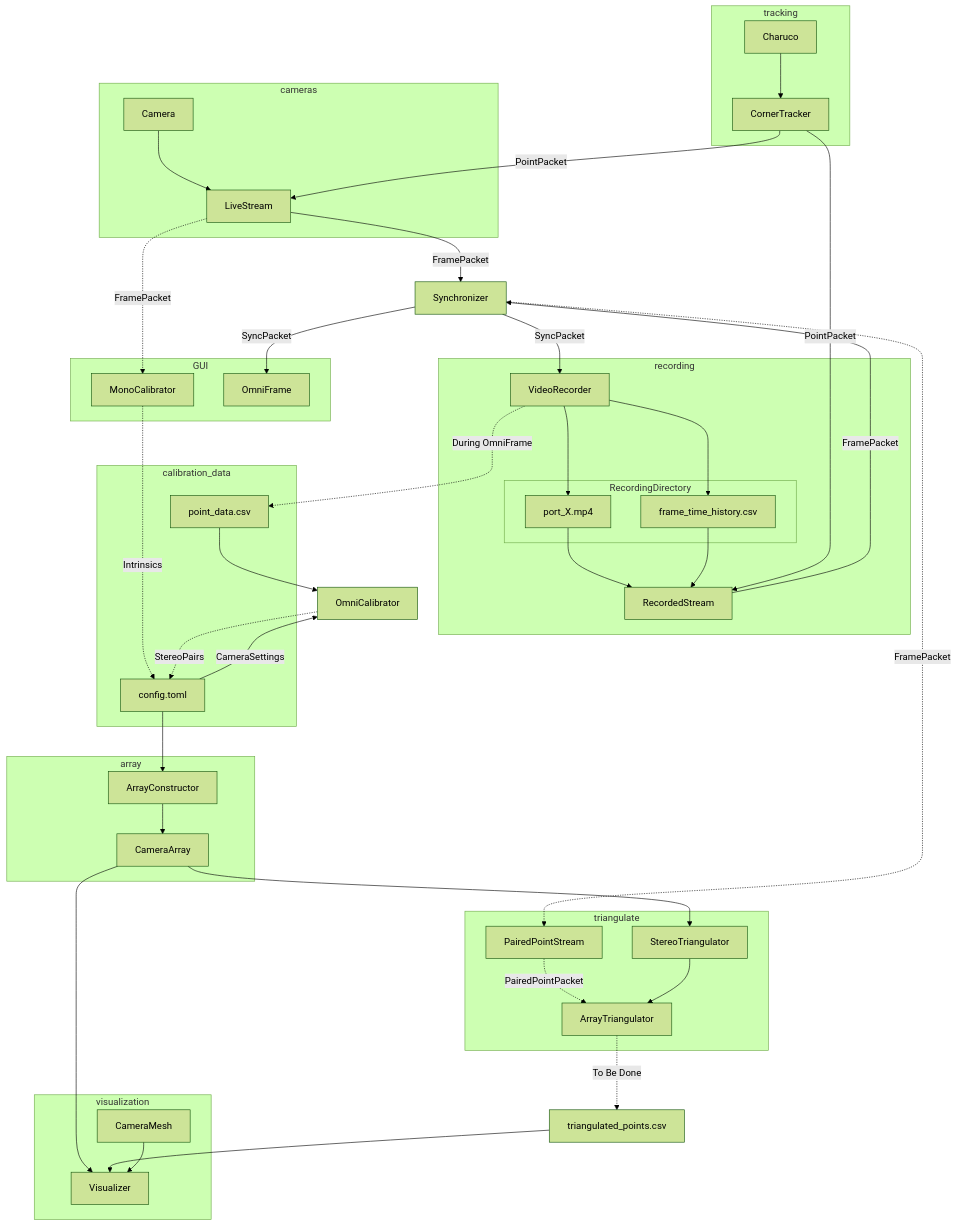
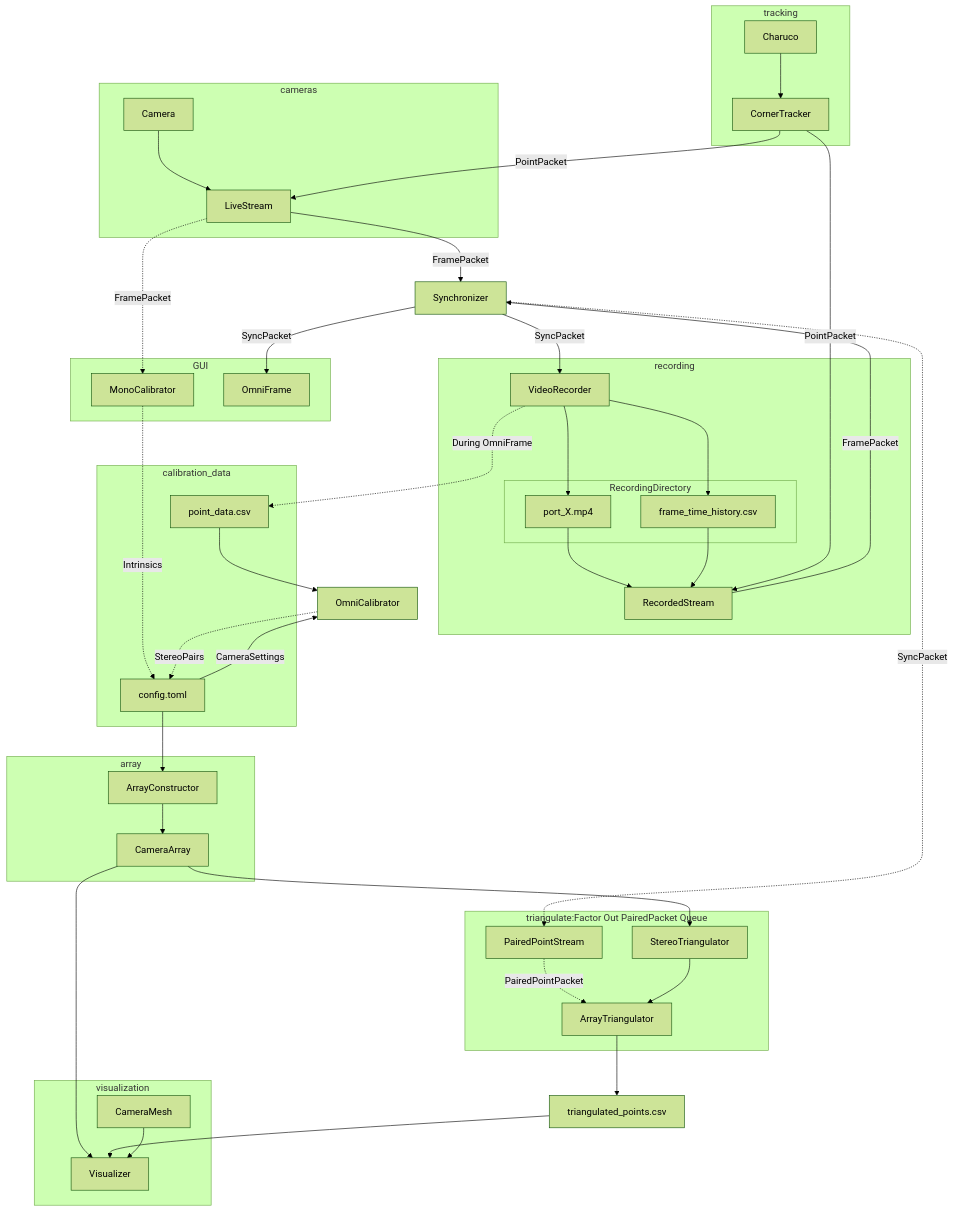
The diagram in README.md (mprib/caliscope), drawn with Mermaid (forest theme) before and after one commit.

Commit message:
update roadmap

```diff
--- a/README.md
+++ b/README.md
@@ -77,15 +77,15 @@
 
 CameraArray --> Visualizer
 CameraArray --> StereoTriangulator
-Synchronizer -.FramePacket.-> PairedPointStream
+Synchronizer -.SyncPacket.-> PairedPointStream
 
-subgraph triangulate
+subgraph triangulate:Factor Out PairedPacket Queue
     PairedPointStream -.PairedPointPacket.-> ArrayTriangulator
     StereoTriangulator
 end
 
 StereoTriangulator --> ArrayTriangulator
-ArrayTriangulator -.To Be Done.-> triangulated_points.csv
+ArrayTriangulator --> triangulated_points.csv
 triangulated_points.csv --> Visualizer
 
 subgraph visualization
```
